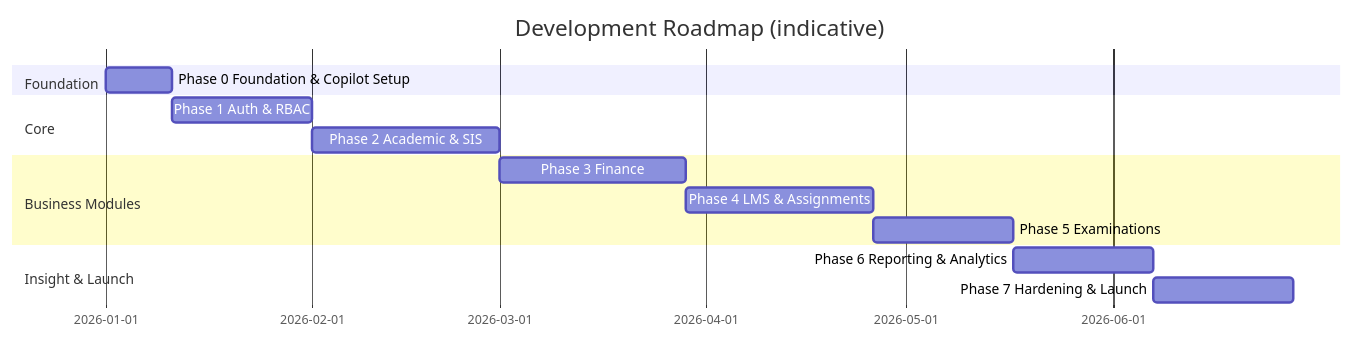
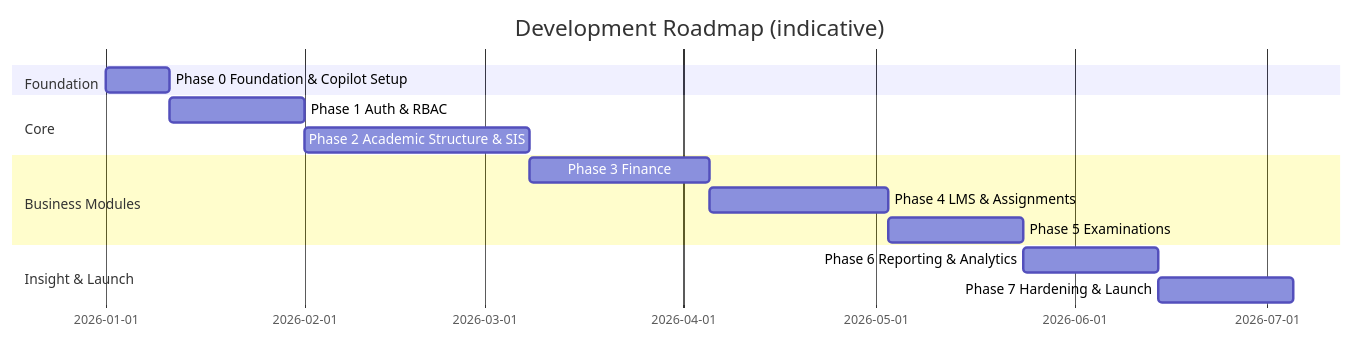
The diagram in docs/School_System_Copilot_Roadmap.md (SubekoPio/University-Sis), drawn with Mermaid before and after one commit. The commit also changed other lines of this file and 90 other files, not shown here.

````diff
--- a/docs/School_System_Copilot_Roadmap.md
+++ b/docs/School_System_Copilot_Roadmap.md
@@ -554,17 +800,17 @@
 ```mermaid
 gantt
     title Development Roadmap (indicative)
     dateFormat  YYYY-MM-DD
     section Foundation
     Phase 0 Foundation & Copilot Setup :p0, 2026-01-01, 10d
     section Core
     Phase 1 Auth & RBAC                :p1, after p0, 21d
-    Phase 2 Academic & SIS             :p2, after p1, 28d
+    Phase 2 Academic Structure & SIS     :p2, after p1, 35d
     section Business Modules
     Phase 3 Finance                    :p3, after p2, 28d
     Phase 4 LMS & Assignments          :p4, after p3, 28d
     Phase 5 Examinations               :p5, after p4, 21d
     section Insight & Launch
     Phase 6 Reporting & Analytics      :p6, after p5, 21d
     Phase 7 Hardening & Launch         :p7, after p6, 21d
 ```
````
